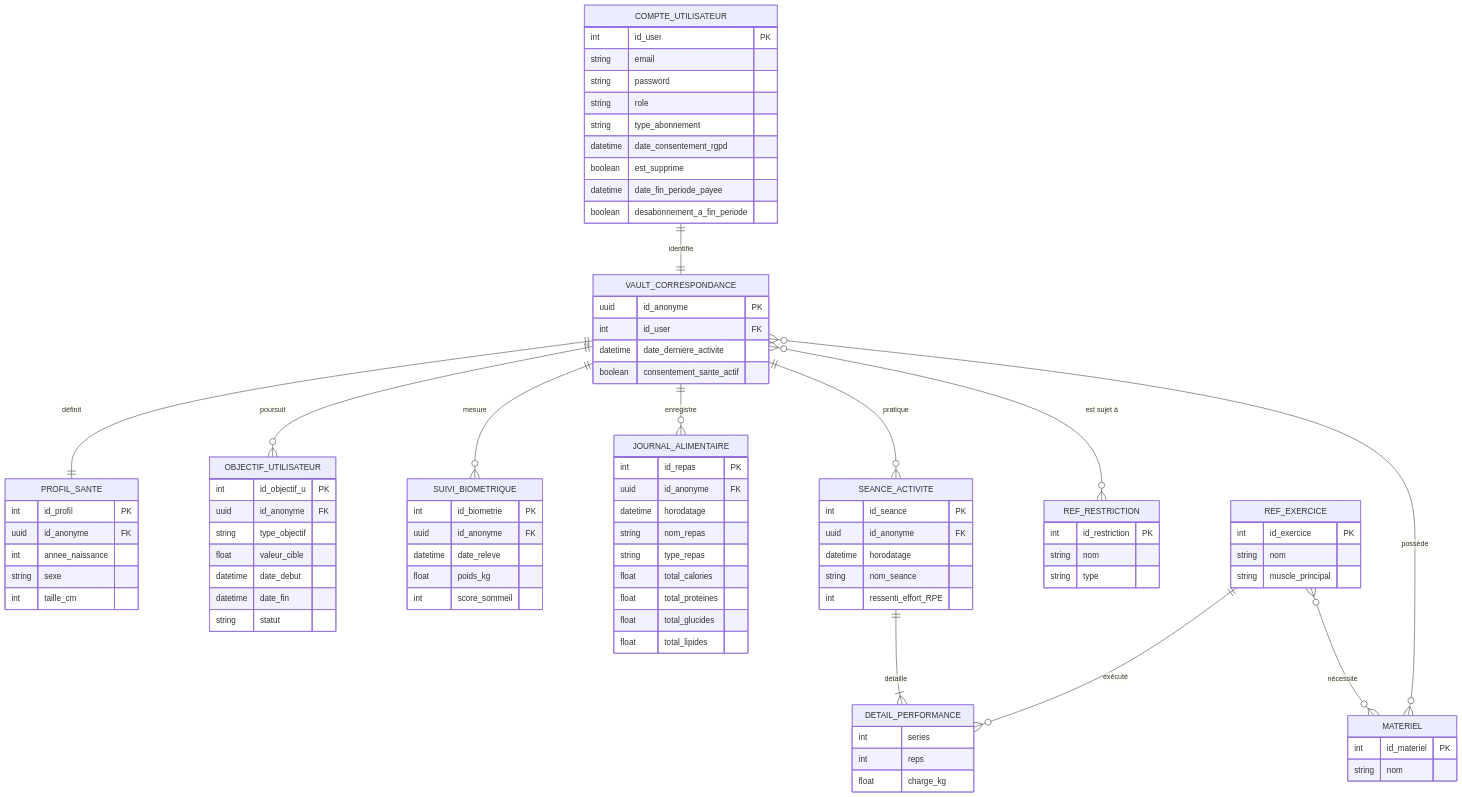
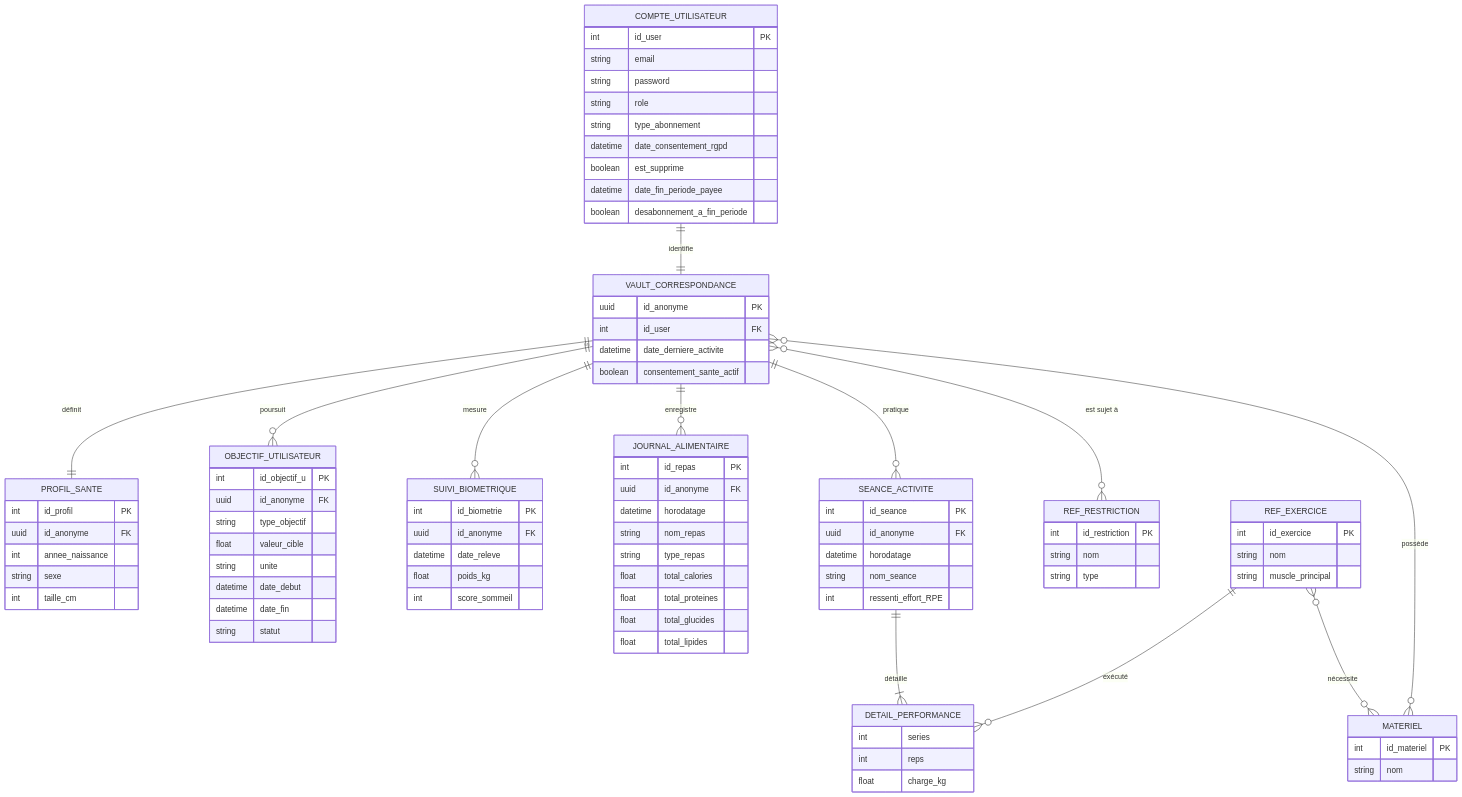
One commit to Gwendal-Ferlin/MSPR502_BDD_Python changed the diagram in README.md. Above: the diagram before and after it, drawn with Mermaid. The commit also changed other lines of this file and 5 other files, not shown here.

```diff
--- a/README.md
+++ b/README.md
@@ -135,6 +142,7 @@
         uuid id_anonyme FK
         string type_objectif
         float valeur_cible
+        string unite
         datetime date_debut
         datetime date_fin
         string statut
```
